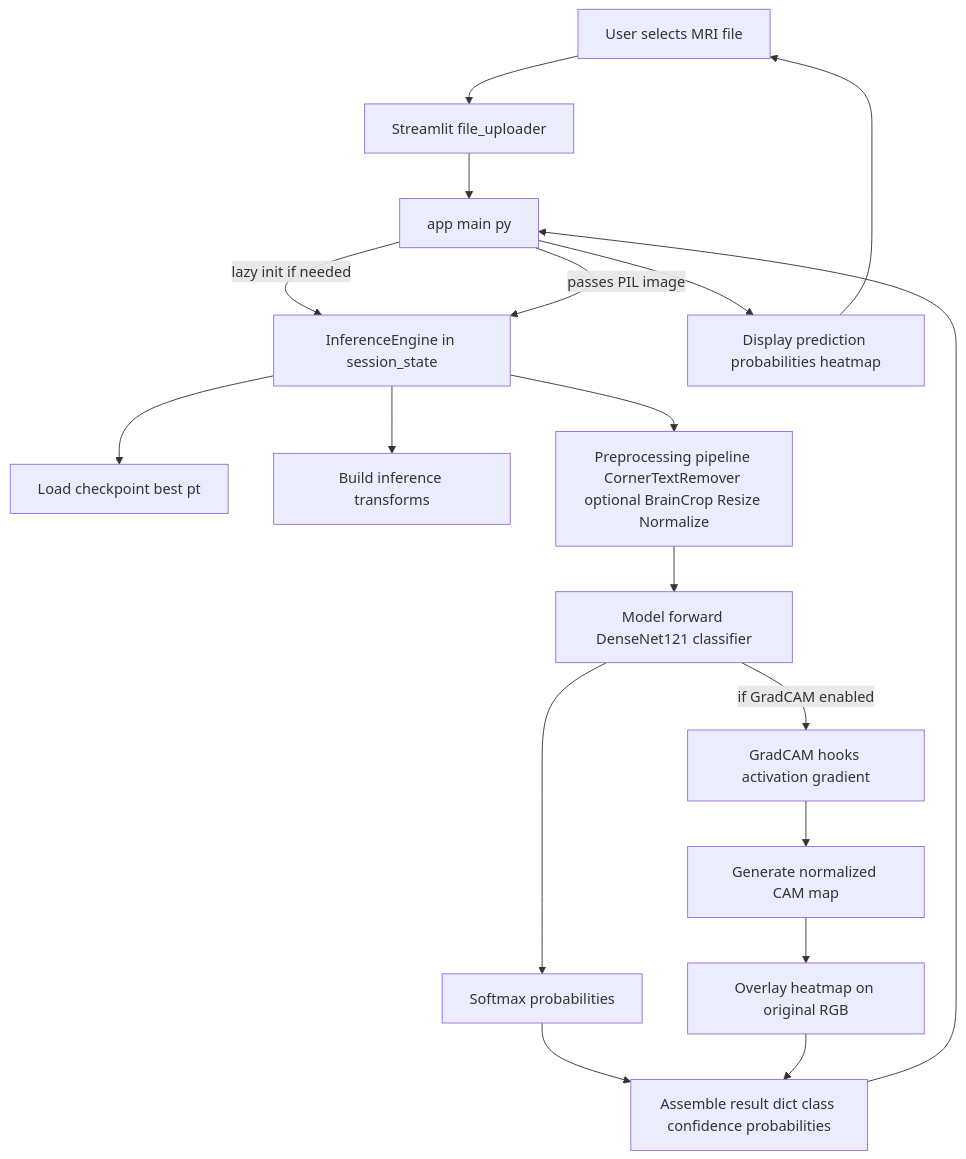
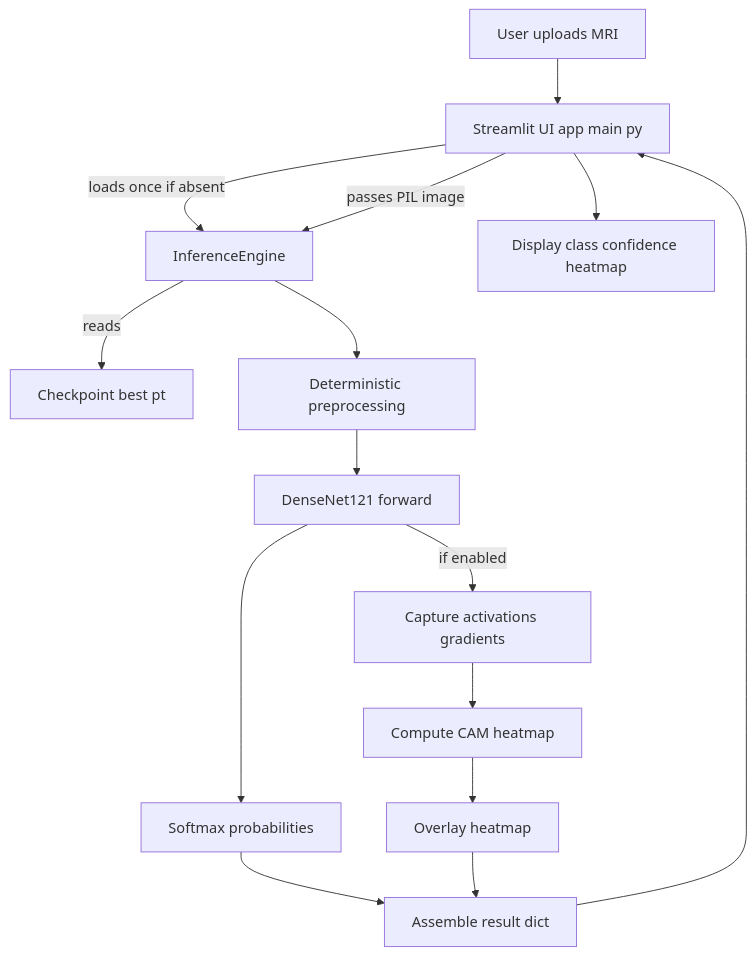
Before and after one commit to chempananickal/Tumor_Classifier: the second of 2 diagrams in docs/architecture.md, drawn with Mermaid. The commit also changed other lines of this file, not shown here.

Commit message:
docs: update module dependency diagrams for improved clarity and structure

````diff
--- a/docs/architecture.md
+++ b/docs/architecture.md
@@ -54,20 +53,17 @@
 ```mermaid
 graph TD
-  U[User selects MRI file] --> FU[Streamlit file_uploader]
-  FU --> M[app main py]
-  M -->|lazy init if needed| ENG[InferenceEngine in session_state]
-  ENG --> W[Load checkpoint best pt]
-  ENG --> T[Build inference transforms]
-  M -->|passes PIL image| ENG
-  ENG --> P[Preprocessing pipeline CornerTextRemover optional BrainCrop Resize Normalize]
-  P --> FWD[Model forward DenseNet121 classifier]
+  U[User uploads MRI] --> M[Streamlit UI app main py]
+  M -->|loads once if absent| IE[InferenceEngine]
+  IE -->|reads| CKPT[Checkpoint best pt]
+  M -->|passes PIL image| IE
+  IE --> PREP[Deterministic preprocessing]
+  PREP --> FWD[DenseNet121 forward]
   FWD --> PROB[Softmax probabilities]
-  FWD -->|if GradCAM enabled| CAMGEN[GradCAM hooks activation gradient]
-  CAMGEN --> CAM[Generate normalized CAM map]
-  CAM --> OVL[Overlay heatmap on original RGB]
-  PROB --> RES[Assemble result dict class confidence probabilities]
-  OVL --> RES
+  FWD -->|if enabled| CAMHOOK[Capture activations gradients]
+  CAMHOOK --> CAM[Compute CAM heatmap]
+  CAM --> OVER[Overlay heatmap]
+  PROB --> RES[Assemble result dict]
+  OVER --> RES
   RES --> M
-  M --> UI[Display prediction probabilities heatmap]
-  UI --> U
+  M --> OUT[Display class confidence heatmap]
 ```
````
